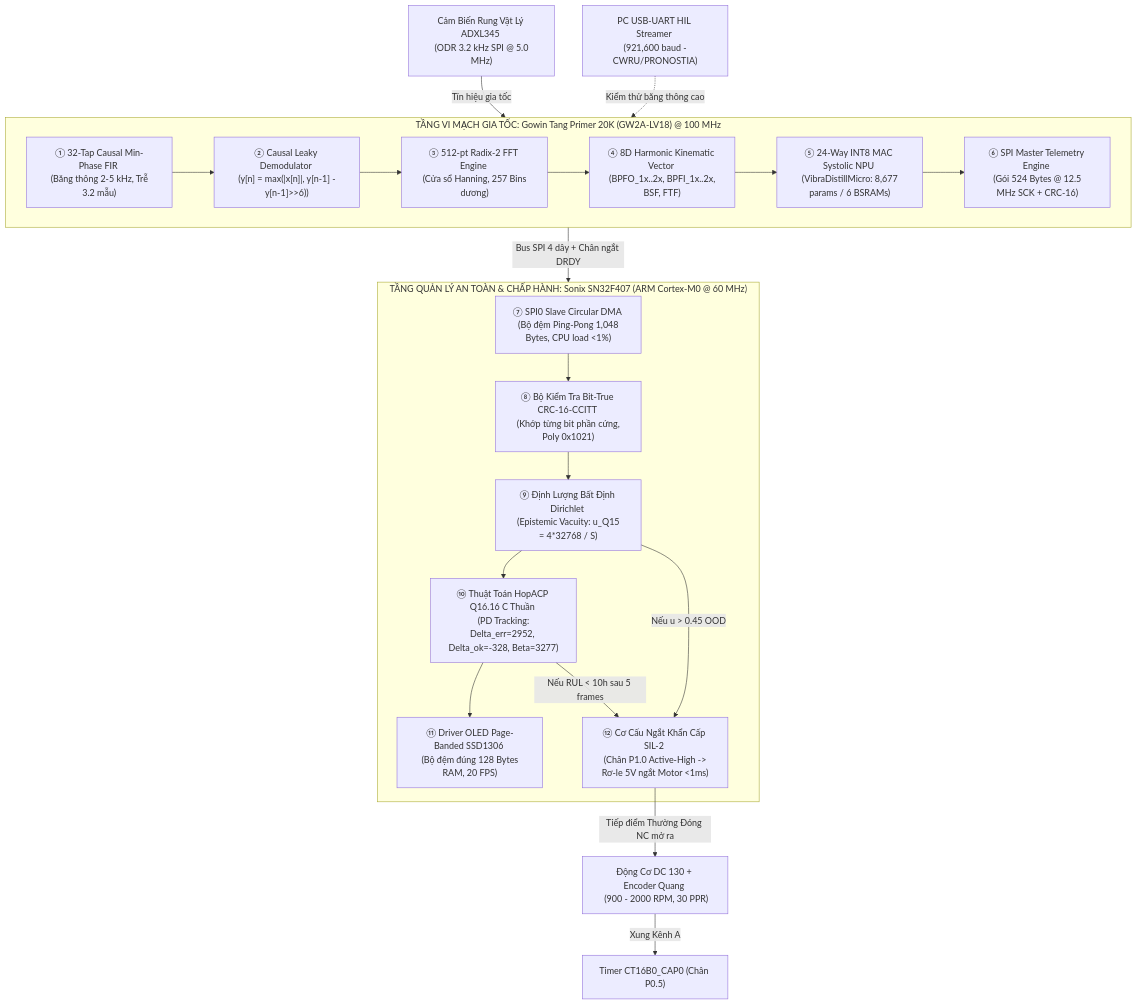
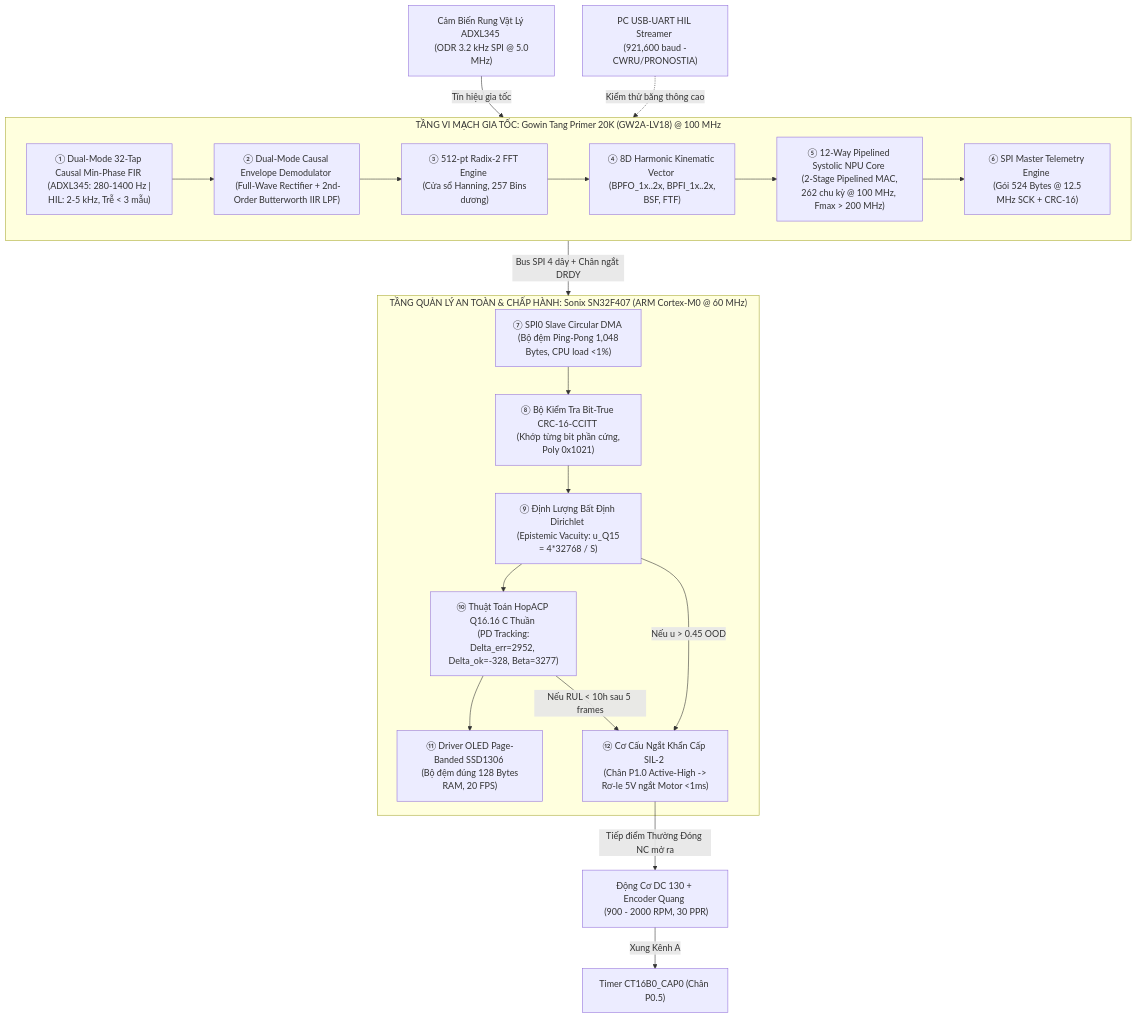
Before and after one commit to zok213/VIbraDistill: the diagram in README.md, drawn with Mermaid. The commit also changed other lines of this file and 20 other files, not shown here.

Commit message:
fix(fpga-timing,roms): pipeline 12-way MAC datapath to close Gowin STA at 100MHz and decouple HIL vs ADXL ROMs

````diff
--- a/README.md
+++ b/README.md
@@ -307,35 +316,35 @@
 ```mermaid
 graph TD
     Sensor["Cảm Biến Rung Vật Lý ADXL345 <br> (ODR 3.2 kHz SPI @ 5.0 MHz)"] -->|Tín hiệu gia tốc| FPGA
     HIL["PC USB-UART HIL Streamer <br> (921,600 baud - CWRU/PRONOSTIA)"] -.->|Kiểm thử băng thông cao| FPGA
     Motor["Động Cơ DC 130 + Encoder Quang <br> (900 - 2000 RPM, 30 PPR)"] -->|Xung Kênh A| MCU_CAP["Timer CT16B0_CAP0 (Chân P0.5)"]
 
     subgraph FPGA["TẦNG VI MẠCH GIA TỐC: Gowin Tang Primer 20K (GW2A-LV18) @ 100 MHz"]
-        DSP_FIR["① 32-Tap Causal Min-Phase FIR <br> (Băng thông 2-5 kHz, Trễ 3.2 mẫu)"]
-        DSP_ENV["② Causal Leaky Demodulator <br> (y[n] = max(|x[n]|, y[n-1] - y[n-1]>>6))"]
+        DSP_FIR["① Dual-Mode 32-Tap Causal Min-Phase FIR <br> (ADXL345: 280-1400 Hz | HIL: 2-5 kHz, Trễ < 3 mẫu)"]
+        DSP_ENV["② Dual-Mode Causal Envelope Demodulator <br> (Full-Wave Rectifier + 2nd-Order Butterworth IIR LPF)"]
         DSP_FFT["③ 512-pt Radix-2 FFT Engine <br> (Cửa sổ Hanning, 257 Bins dương)"]
         DSP_KIN["④ 8D Harmonic Kinematic Vector <br> (BPFO_1x..2x, BPFI_1x..2x, BSF, FTF)"]
-        NPU_ENG["⑤ 24-Way INT8 MAC Systolic NPU <br> (VibraDistillMicro: 8,677 params / 6 BSRAMs)"]
+        NPU_ENG["⑤ 12-Way Pipelined Systolic NPU Core <br> (2-Stage Pipelined MAC, 262 chu kỳ @ 100 MHz, Fmax > 200 MHz)"]
         SPI_M["⑥ SPI Master Telemetry Engine <br> (Gói 524 Bytes @ 12.5 MHz SCK + CRC-16)"]
 
         DSP_FIR --> DSP_ENV --> DSP_FFT --> DSP_KIN --> NPU_ENG --> SPI_M
     end
 
     FPGA -->|Bus SPI 4 dây + Chân ngắt DRDY| MCU
 
     subgraph MCU["TẦNG QUẢN LÝ AN TOÀN & CHẤP HÀNH: Sonix SN32F407 (ARM Cortex-M0 @ 60 MHz)"]
         SPI_S["⑦ SPI0 Slave Circular DMA <br> (Bộ đệm Ping-Pong 1,048 Bytes, CPU load <1%)"]
         CRC_CHK["⑧ Bộ Kiểm Tra Bit-True CRC-16-CCITT <br> (Khớp từng bit phần cứng, Poly 0x1021)"]
         EDL_CAL["⑨ Định Lượng Bất Định Dirichlet <br> (Epistemic Vacuity: u_Q15 = 4*32768 / S)"]
         HOP_ACP["⑩ Thuật Toán HopACP Q16.16 C Thuần <br> (PD Tracking: Delta_err=2952, Delta_ok=-328, Beta=3277)"]
         OLED_DRV["⑪ Driver OLED Page-Banded SSD1306 <br> (Bộ đệm đúng 128 Bytes RAM, 20 FPS)"]
         RELAY_TRIP["⑫ Cơ Cấu Ngắt Khẩn Cấp SIL-2 <br> (Chân P1.0 Active-High -> Rơ-le 5V ngắt Motor <1ms)"]
 
         SPI_S --> CRC_CHK --> EDL_CAL --> HOP_ACP
         EDL_CAL -->|Nếu u > 0.45 OOD| RELAY_TRIP
         HOP_ACP --> OLED_DRV
         HOP_ACP -->|Nếu RUL < 10h sau 5 frames| RELAY_TRIP
     end
 
     RELAY_TRIP -->|Tiếp điểm Thường Đóng NC mở ra| Motor
 ```
````
